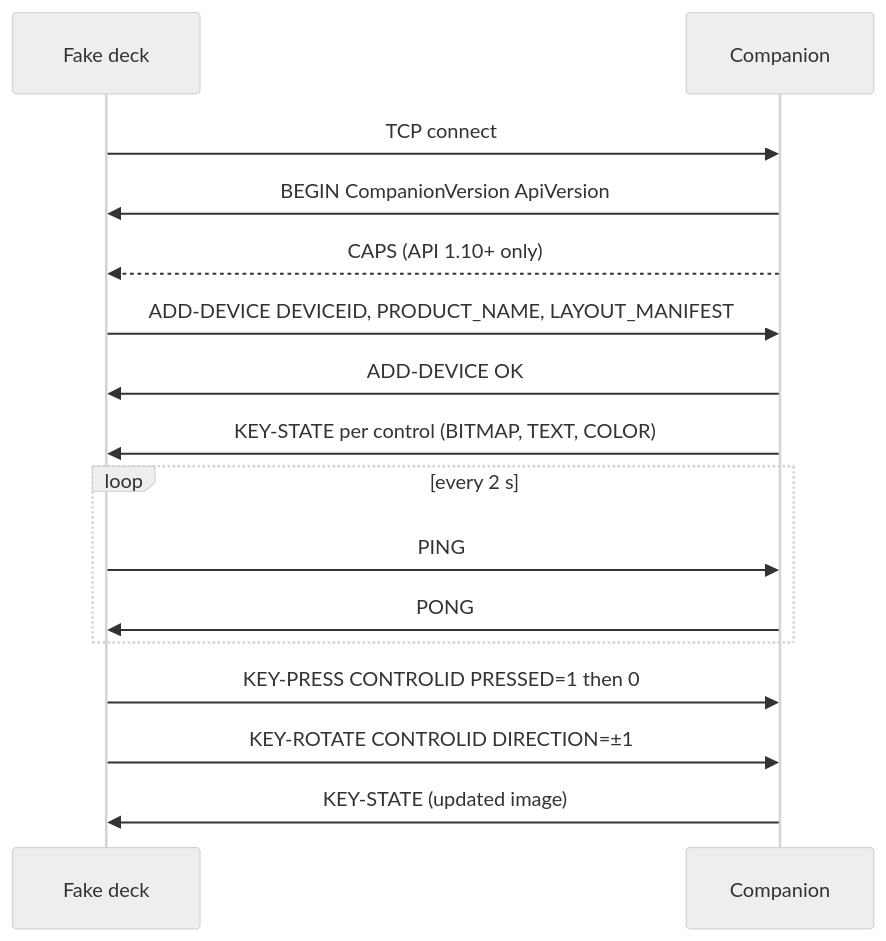
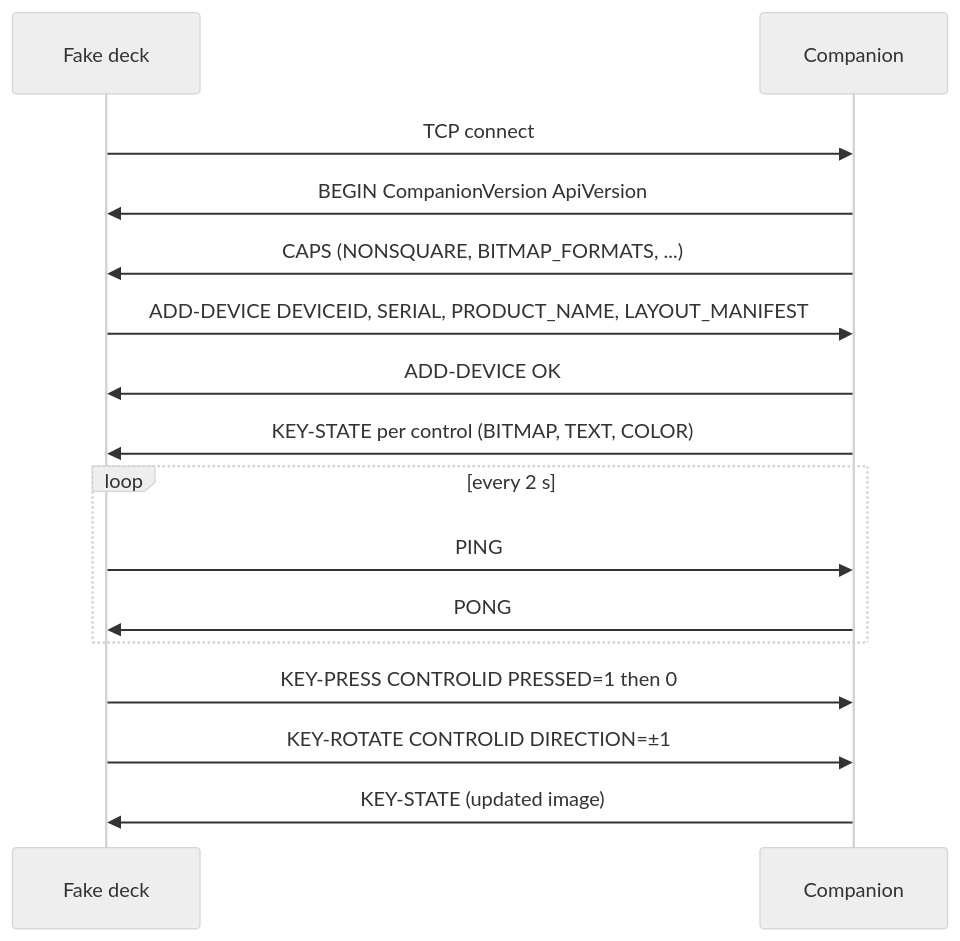
Before and after one commit to thiemok/opendeck-studio: the third of 4 diagrams in docs/plans/2026-11-13-1722-feat-companion-network-deck-poc-plan.md, drawn with Mermaid (neutral theme). The commit also changed other lines of this file, not shown here.

First line of the commit message:
docs: switch P0 spike to Node/TS and latest Companion only

````diff
--- a/docs/plans/2026-11-13-1722-feat-companion-network-deck-poc-plan.md
+++ b/docs/plans/2026-11-13-1722-feat-companion-network-deck-poc-plan.md
@@ -218,18 +218,18 @@
 ```mermaid
 sequenceDiagram
   participant D as Fake deck
   participant C as Companion
   D->>C: TCP connect
   C->>D: BEGIN CompanionVersion ApiVersion
-  C-->>D: CAPS (API 1.10+ only)
-  D->>C: ADD-DEVICE DEVICEID, PRODUCT_NAME, LAYOUT_MANIFEST
+  C->>D: CAPS (NONSQUARE, BITMAP_FORMATS, ...)
+  D->>C: ADD-DEVICE DEVICEID, SERIAL, PRODUCT_NAME, LAYOUT_MANIFEST
   C->>D: ADD-DEVICE OK
   C->>D: KEY-STATE per control (BITMAP, TEXT, COLOR)
   loop every 2 s
     D->>C: PING
     C->>D: PONG
   end
   D->>C: KEY-PRESS CONTROLID PRESSED=1 then 0
   D->>C: KEY-ROTATE CONTROLID DIRECTION=±1
   C->>D: KEY-STATE (updated image)
 ```
````
